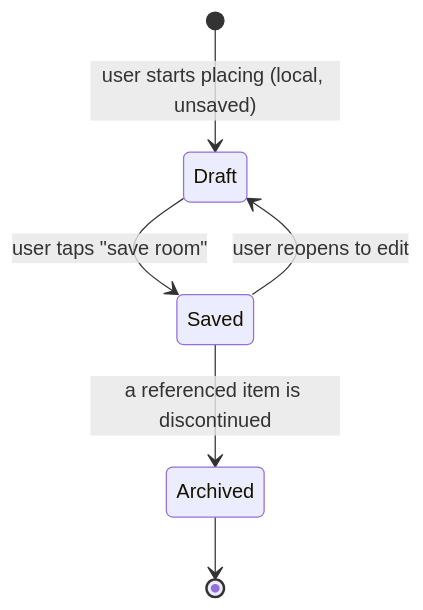
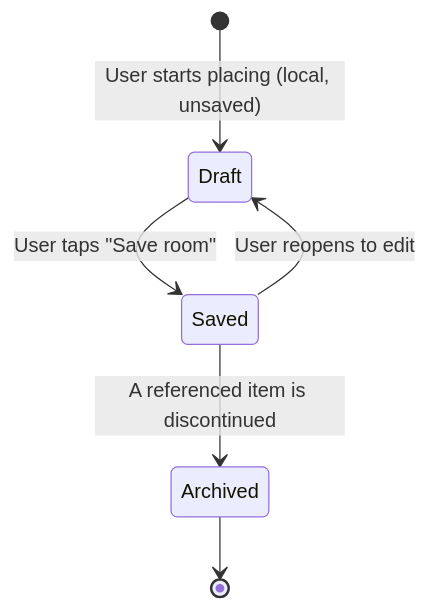
Before and after one commit to riyaz-pasha/Learnings: the seventh of 14 diagrams in system-design/HLD/0-course/54-Design-an-AR-Virtual-Furniture-Placement-System-FAANG-Guide-story.md, drawn with Mermaid. The commit also changed other lines of this file and 1 other file, not shown here.

Commit message:
[REWRITE] AR Virtual Furniture Placement story guide: simplify prose, add structure, fix diagrams

````diff
--- a/system-design/HLD/0-course/54-Design-an-AR-Virtual-Furniture-Placement-System-FAANG-Guide-story.md
+++ b/system-design/HLD/0-course/54-Design-an-AR-Virtual-Furniture-Placement-System-FAANG-Guide-story.md
@@ -161,8 +337,8 @@
 ```mermaid
 stateDiagram-v2
-    [*] --> Draft: user starts placing (local, unsaved)
-    Draft --> Saved: user taps "save room"
-    Saved --> Draft: user reopens to edit
-    Saved --> Archived: a referenced item is discontinued
+    [*] --> Draft: User starts placing (local, unsaved)
+    Draft --> Saved: User taps "Save room"
+    Saved --> Draft: User reopens to edit
+    Saved --> Archived: A referenced item is discontinued
     Archived --> [*]
 ```
````
